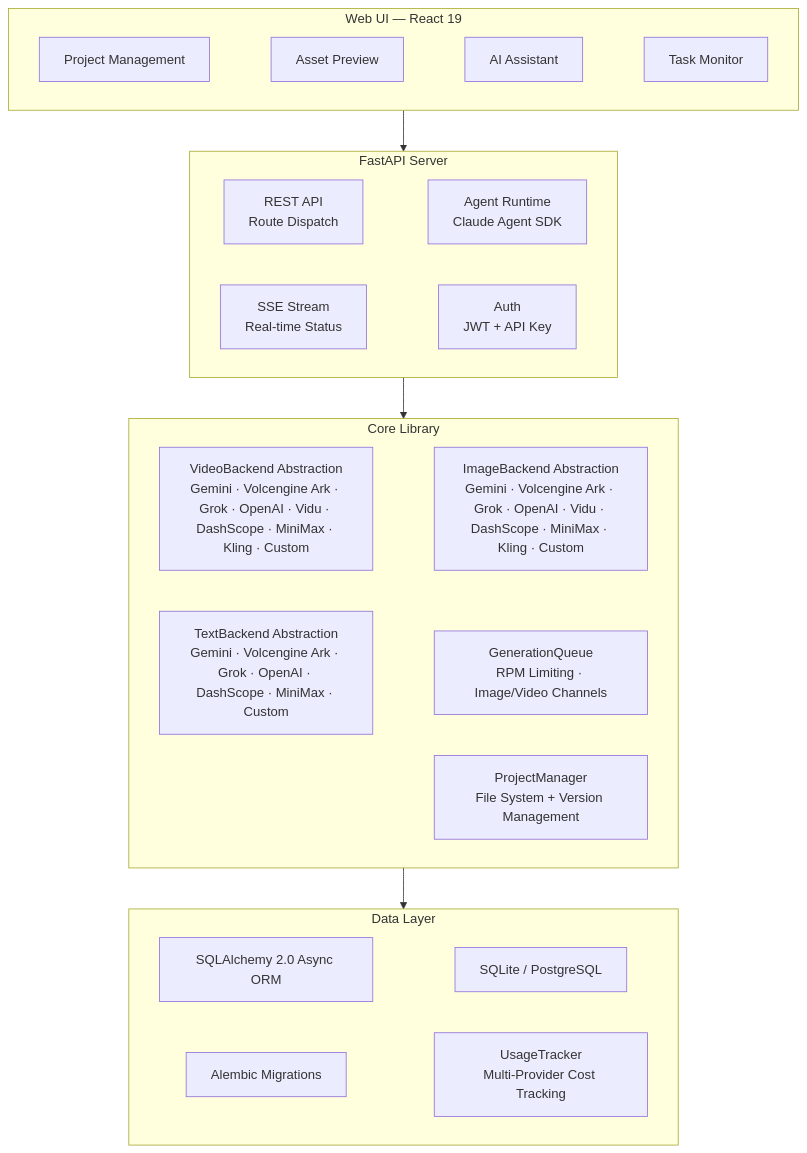
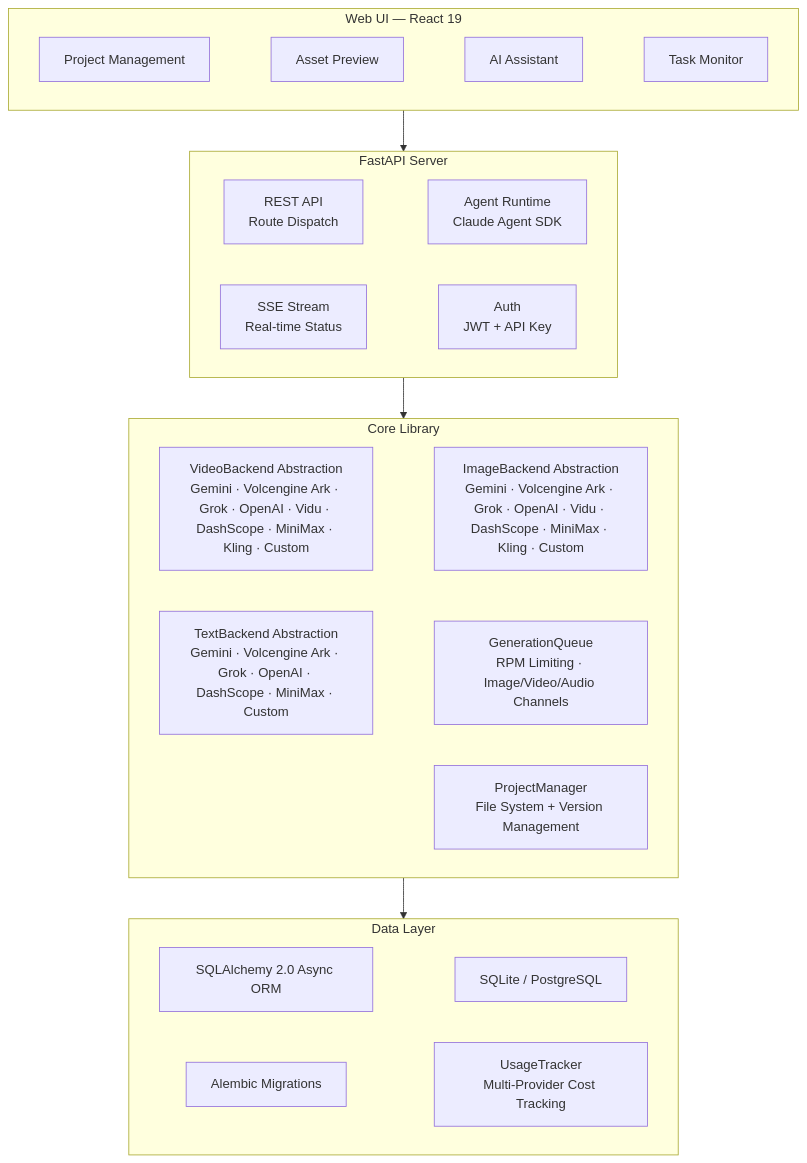
One commit to ArcReel/ArcReel changed the third of 3 diagrams in README.en.md. Above: the diagram before and after it, drawn with Mermaid. The commit also changed other lines of this file and 1 other file, not shown here.

Commit message:
docs: 架构图补 Audio 并发通道
GenerationQueue 已是 image/video/audio 三条独立 lane（AUDIO_MAX_WORKERS），TTS 旁白任务走 audio 通道；README / README.en 的异步队列卡片与架构图 C3 节点由 Image/Video 补为 Image/Video/Audio

Claude-Session: https://claude.ai/code/session_01PDBfQfDTSnqN6ZFkcXHqt1

````diff
--- a/README.en.md
+++ b/README.en.md
@@ -234,24 +234,24 @@
 ```mermaid
 flowchart TB
     subgraph UI["Web UI — React 19"]
         U1["Project Management"] ~~~ U2["Asset Preview"] ~~~ U3["AI Assistant"] ~~~ U4["Task Monitor"]
     end
 
     subgraph Server["FastAPI Server"]
         S1["REST API<br/>Route Dispatch"] ~~~ S2["Agent Runtime<br/>Claude Agent SDK"]
         S3["SSE Stream<br/>Real-time Status"] ~~~ S4["Auth<br/>JWT + API Key"]
     end
 
     subgraph Core["Core Library"]
         C1["VideoBackend Abstraction<br/>Gemini · Volcengine Ark · Grok · OpenAI · Vidu · DashScope · MiniMax · Kling · Custom"] ~~~ C2["ImageBackend Abstraction<br/>Gemini · Volcengine Ark · Grok · OpenAI · Vidu · DashScope · MiniMax · Kling · Custom"]
-        C5["TextBackend Abstraction<br/>Gemini · Volcengine Ark · Grok · OpenAI · DashScope · MiniMax · Custom"] ~~~ C3["GenerationQueue<br/>RPM Limiting · Image/Video Channels"]
+        C5["TextBackend Abstraction<br/>Gemini · Volcengine Ark · Grok · OpenAI · DashScope · MiniMax · Custom"] ~~~ C3["GenerationQueue<br/>RPM Limiting · Image/Video/Audio Channels"]
         C4["ProjectManager<br/>File System + Version Management"]
     end
 
     subgraph Data["Data Layer"]
         D1["SQLAlchemy 2.0 Async ORM"] ~~~ D2["SQLite / PostgreSQL"]
         D3["Alembic Migrations"] ~~~ D4["UsageTracker<br/>Multi-Provider Cost Tracking"]
     end
 
     UI --> Server --> Core --> Data
 ```
````
